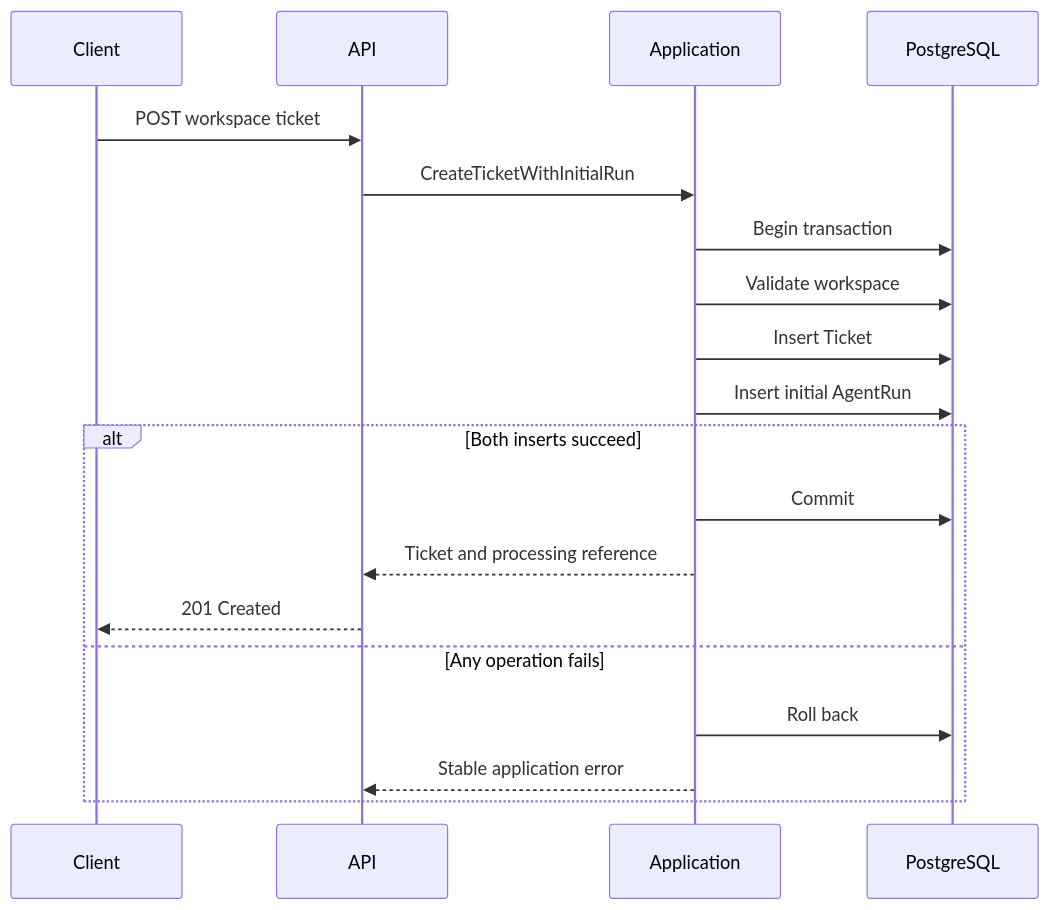
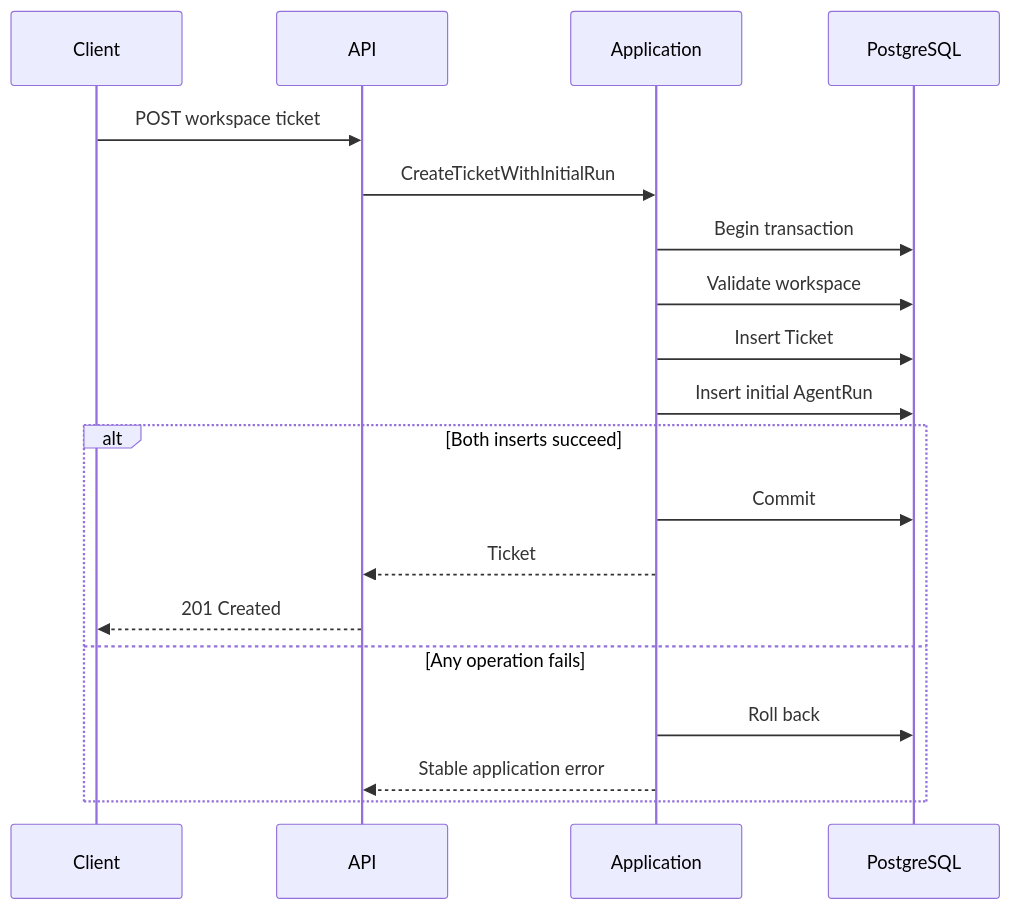
One commit to philgodoy96/supportops-ai-platform changed the diagram in docs/architecture/agent-run-scheduling.md. Above: the diagram before and after it, drawn with Mermaid. The commit also changed other lines of this file and 6 other files, not shown here.

````diff
--- a/docs/architecture/agent-run-scheduling.md
+++ b/docs/architecture/agent-run-scheduling.md
@@ -19,23 +19,23 @@
 ```mermaid
 sequenceDiagram
     participant Client
     participant API
     participant Application
     participant PostgreSQL
 
     Client->>API: POST workspace ticket
     API->>Application: CreateTicketWithInitialRun
     Application->>PostgreSQL: Begin transaction
     Application->>PostgreSQL: Validate workspace
     Application->>PostgreSQL: Insert Ticket
     Application->>PostgreSQL: Insert initial AgentRun
 
     alt Both inserts succeed
         Application->>PostgreSQL: Commit
-        Application-->>API: Ticket and processing reference
+        Application-->>API: Ticket
         API-->>Client: 201 Created
     else Any operation fails
         Application->>PostgreSQL: Roll back
         Application-->>API: Stable application error
     end
 ```
````
